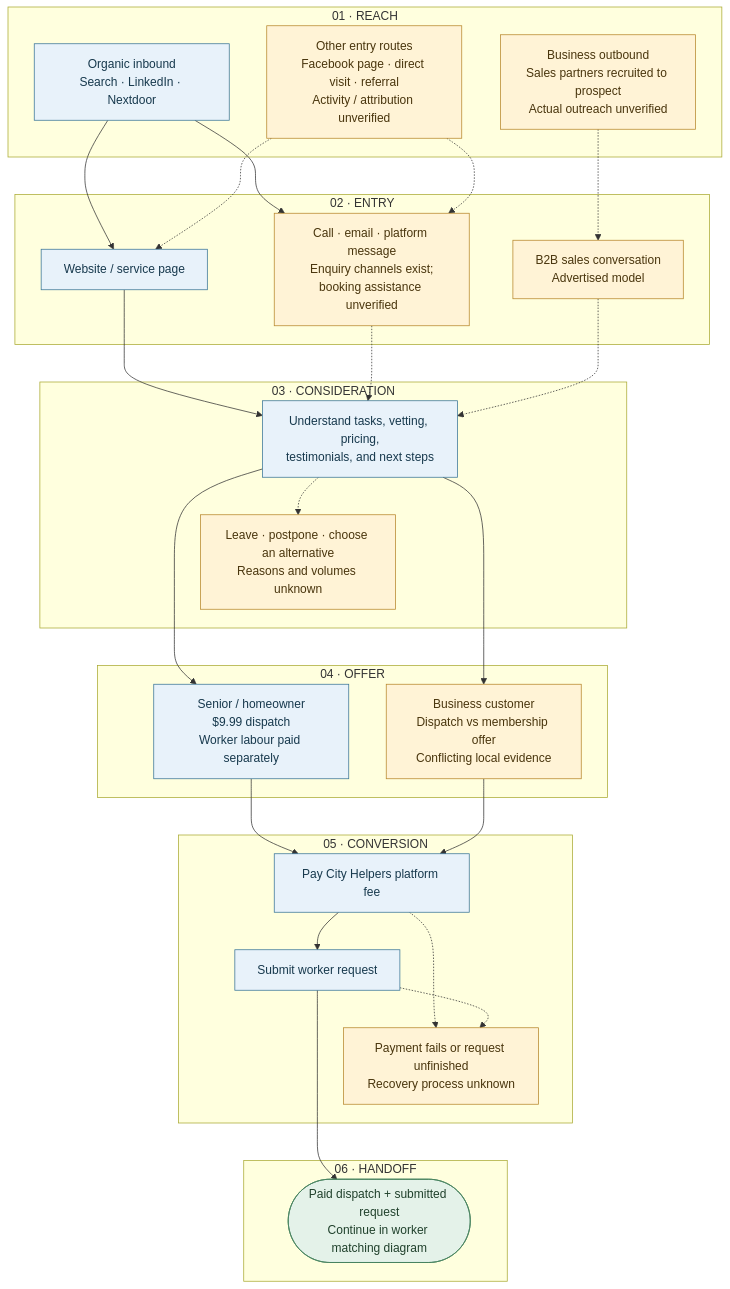
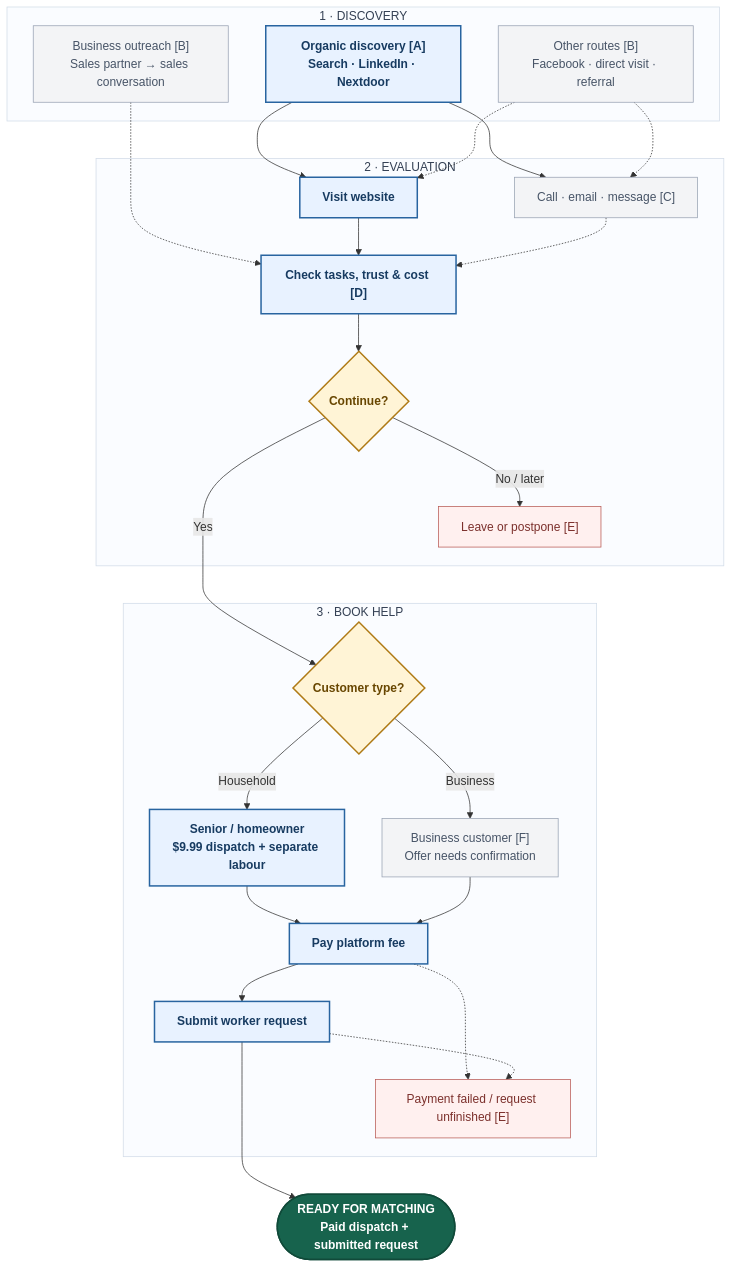
One commit to devdogfish/cityhelpers changed the diagram in customer-journey.md. Above: the diagram before and after it, drawn with Mermaid. The commit also changed other lines of this file and 9 other files, not shown here.

````diff
--- a/customer-journey.md
+++ b/customer-journey.md
@@ -8,63 +8,59 @@
 ```mermaid
 flowchart TB
-    subgraph L1["01 · REACH"]
-        Inbound["Organic inbound<br/>Search · LinkedIn · Nextdoor"]
-        Other["Other entry routes<br/>Facebook page · direct visit · referral<br/>Activity / attribution unverified"]
-        Outbound["Business outbound<br/>Sales partners recruited to prospect<br/>Actual outreach unverified"]
+    subgraph Reach["1 · DISCOVERY"]
+        Inbound["Organic discovery [A]<br/>Search · LinkedIn · Nextdoor"]
+        Other["Other routes [B]<br/>Facebook · direct visit · referral"]
+        Outbound["Business outreach [B]<br/>Sales partner → sales conversation"]
     end
-
-    subgraph L2["02 · ENTRY"]
-        Website["Website / service page"]
-        Contact["Call · email · platform message<br/>Enquiry channels exist;<br/>booking assistance unverified"]
-        Sales["B2B sales conversation<br/>Advertised model"]
+    subgraph Evaluate["2 · EVALUATION"]
+        Website["Visit website"]
+        Contact["Call · email · message [C]"]
+        Understand["Check tasks, trust & cost [D]"]
+        Ready{"Continue?"}
+        Pause["Leave or postpone [E]"]
     end
-
-    subgraph L3["03 · CONSIDERATION"]
-        Understand["Understand tasks, vetting, pricing,<br/>testimonials, and next steps"]
-        Pause["Leave · postpone · choose an alternative<br/>Reasons and volumes unknown"]
+    subgraph Book["3 · BOOK HELP"]
+        Type{"Customer type?"}
+        Home["Senior / homeowner<br/>$9.99 dispatch + separate labour"]
+        Business["Business customer [F]<br/>Offer needs confirmation"]
+        Fee["Pay platform fee"]
+        Request["Submit worker request"]
+        Incomplete["Payment failed / request unfinished [E]"]
     end
-
-    subgraph L4["04 · OFFER"]
-        Home["Senior / homeowner<br/>$9.99 dispatch<br/>Worker labour paid separately"]
-        Business["Business customer<br/>Dispatch vs membership offer<br/>Conflicting local evidence"]
-    end
-
-    subgraph L5["05 · CONVERSION"]
-        Fee["Pay City Helpers platform fee"]
-        Request["Submit worker request"]
-        Incomplete["Payment fails or request unfinished<br/>Recovery process unknown"]
-    end
-
-    subgraph L6["06 · HANDOFF"]
-        Handoff(["Paid dispatch + submitted request<br/>Continue in worker matching diagram"])
-    end
+    Handoff(["READY FOR MATCHING<br/>Paid dispatch + submitted request"])
 
     Inbound --> Website
     Inbound --> Contact
     Other -.-> Website
     Other -.-> Contact
-    Outbound -.-> Sales
+    Outbound -.-> Understand
     Website --> Understand
     Contact -.-> Understand
-    Sales -.-> Understand
-    Understand --> Home
-    Understand --> Business
-    Understand -.-> Pause
+    Understand --> Ready
+    Ready -->|Yes| Type
+    Ready -->|No / later| Pause
+    Type -->|Household| Home
+    Type -->|Business| Business
     Home --> Fee
     Business --> Fee
     Fee --> Request
     Fee -.-> Incomplete
     Request -.-> Incomplete
     Request --> Handoff
-
-    %% Invisible layout constraints keep terminal branches inside their layer.
-    Pause ~~~ Home
+    Pause ~~~ Type
     Incomplete ~~~ Handoff
 
-    classDef documented fill:#e8f2fa,stroke:#397497,color:#17394d;
-    classDef unknown fill:#fff3d6,stroke:#b7872c,color:#49350d;
-    classDef boundary fill:#e4f2e9,stroke:#45825d,color:#20412c;
-    class Inbound,Website,Understand,Home,Fee,Request documented;
-    class Other,Outbound,Contact,Sales,Pause,Business,Incomplete unknown;
-    class Handoff boundary;
+    classDef main fill:#e8f2ff,stroke:#2864a0,stroke-width:2px,color:#173b61,font-weight:bold;
+    classDef secondary fill:#f3f4f6,stroke:#98a2b3,color:#475467;
+    classDef decision fill:#fff4d6,stroke:#af7a15,stroke-width:2px,color:#684600,font-weight:bold;
+    classDef exception fill:#fff0ef,stroke:#b85b55,color:#7c302c;
+    classDef outcome fill:#17634d,stroke:#104a39,stroke-width:2px,color:#ffffff,font-weight:bold;
+    class Inbound,Website,Understand,Home,Fee,Request main;
+    class Other,Outbound,Contact,Business secondary;
+    class Ready,Type decision;
+    class Pause,Incomplete exception;
+    class Handoff outcome;
+    style Reach fill:#fafcff,stroke:#d2dce8,color:#344054
+    style Evaluate fill:#fafcff,stroke:#d2dce8,color:#344054
+    style Book fill:#fafcff,stroke:#d2dce8,color:#344054
 ```
````
